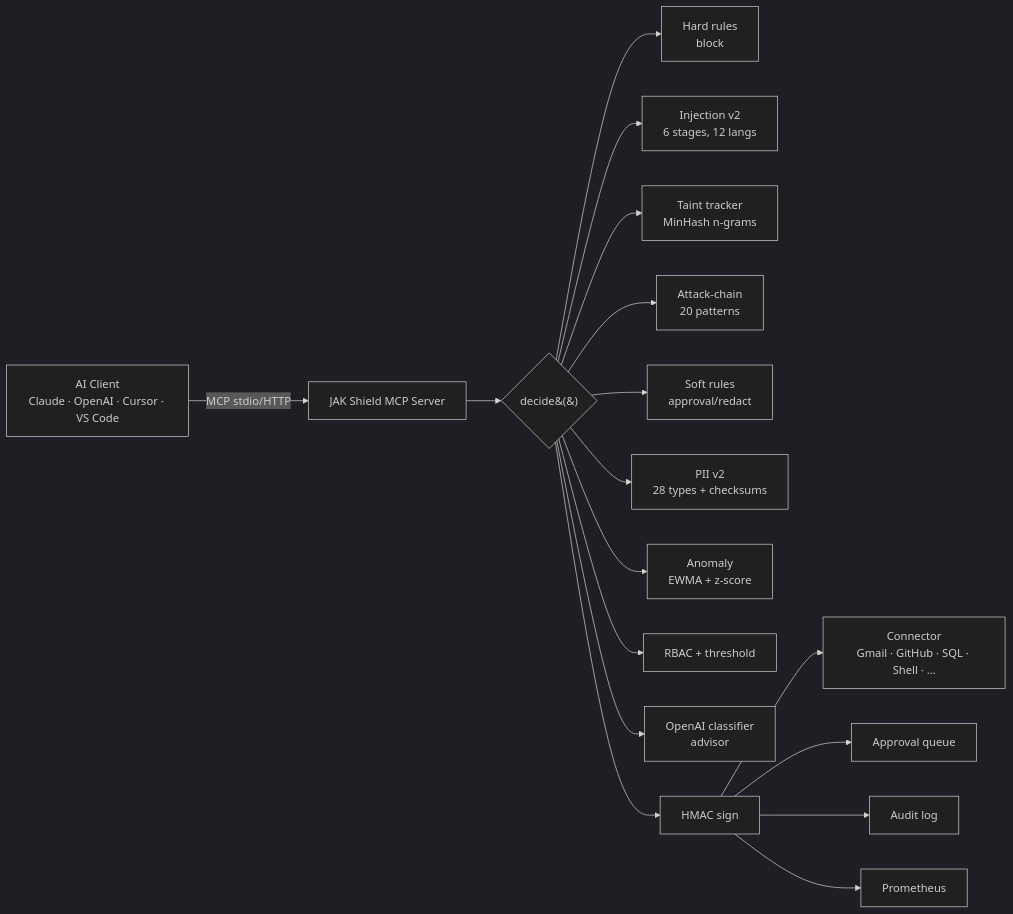
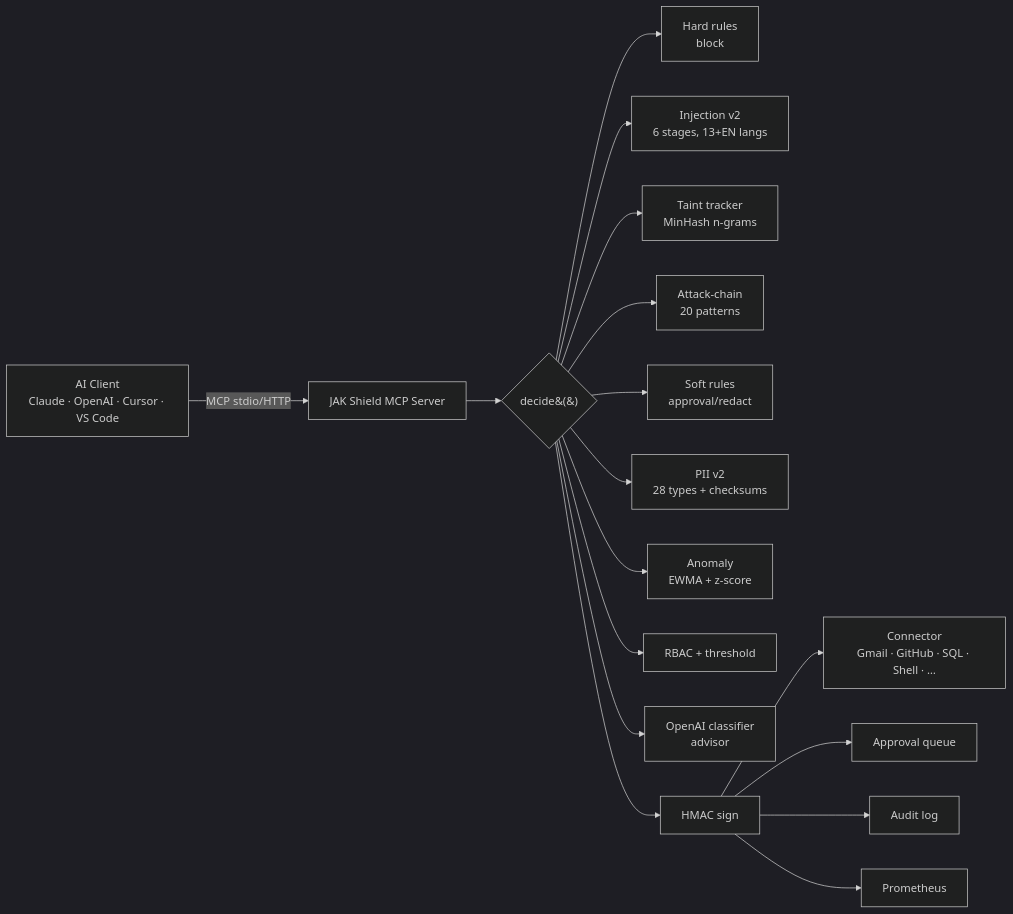
One commit to Harmoniaecumenical900/jak-shield changed the diagram in README.md. Above: the diagram before and after it, drawn with Mermaid (dark theme). The commit also changed other lines of this file and 36 other files, not shown here.

````diff
--- a/README.md
+++ b/README.md
@@ -236,19 +268,19 @@
 ```mermaid
 flowchart LR
     A[AI Client<br/>Claude · OpenAI · Cursor · VS Code] -->|MCP stdio/HTTP| B[JAK Shield MCP Server]
     B --> C{decide&#40;&#41;}
     C --> D[Hard rules<br/>block]
-    C --> E[Injection v2<br/>6 stages, 12 langs]
+    C --> E[Injection v2<br/>6 stages, 13+EN langs]
     C --> F[Taint tracker<br/>MinHash n-grams]
     C --> G[Attack-chain<br/>20 patterns]
     C --> H[Soft rules<br/>approval/redact]
     C --> I[PII v2<br/>28 types + checksums]
     C --> J[Anomaly<br/>EWMA + z-score]
     C --> K[RBAC + threshold]
     C --> L[OpenAI classifier<br/>advisor]
     C --> M[HMAC sign]
     M --> N[Connector<br/>Gmail · GitHub · SQL · Shell · …]
     M --> O[Approval queue]
     M --> P[Audit log]
     M --> Q[Prometheus]
 ```
````
